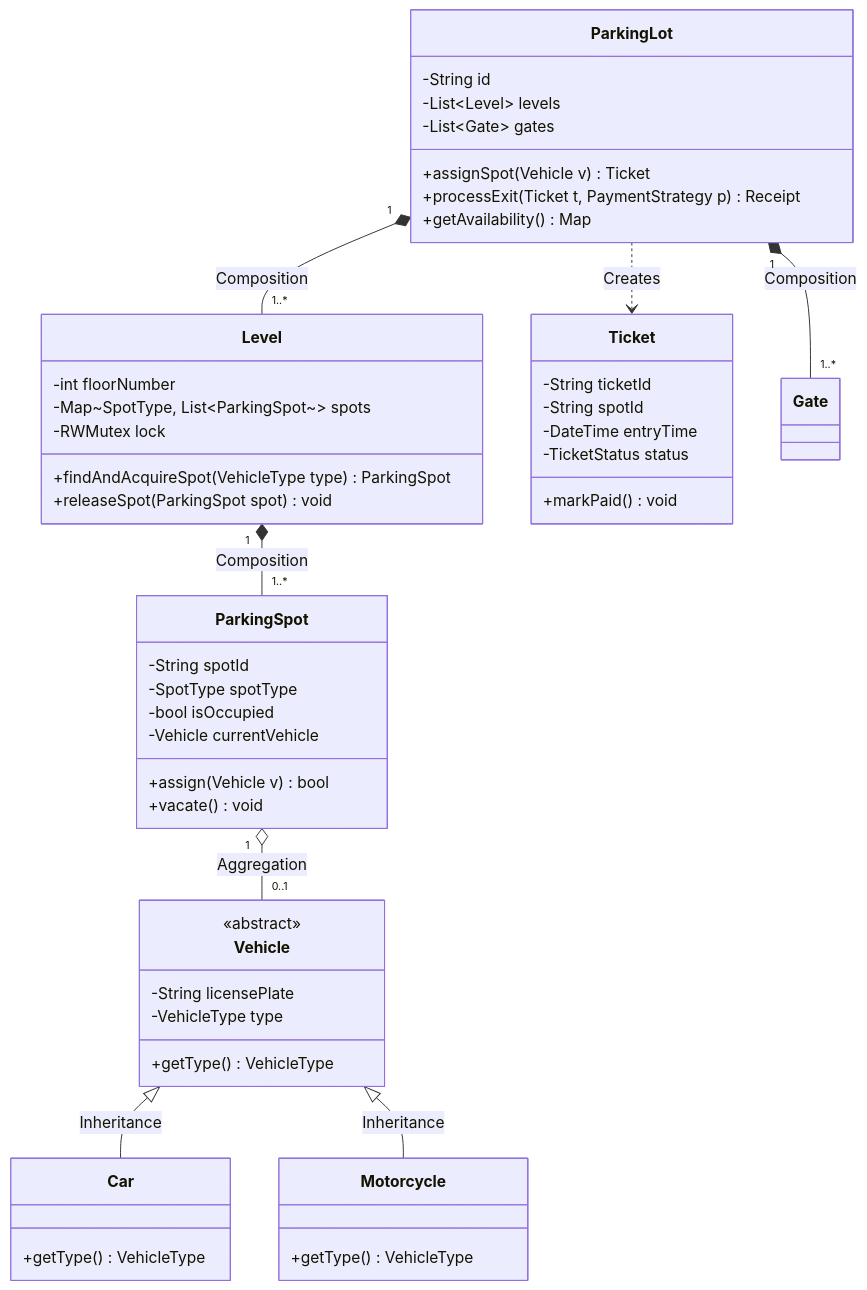
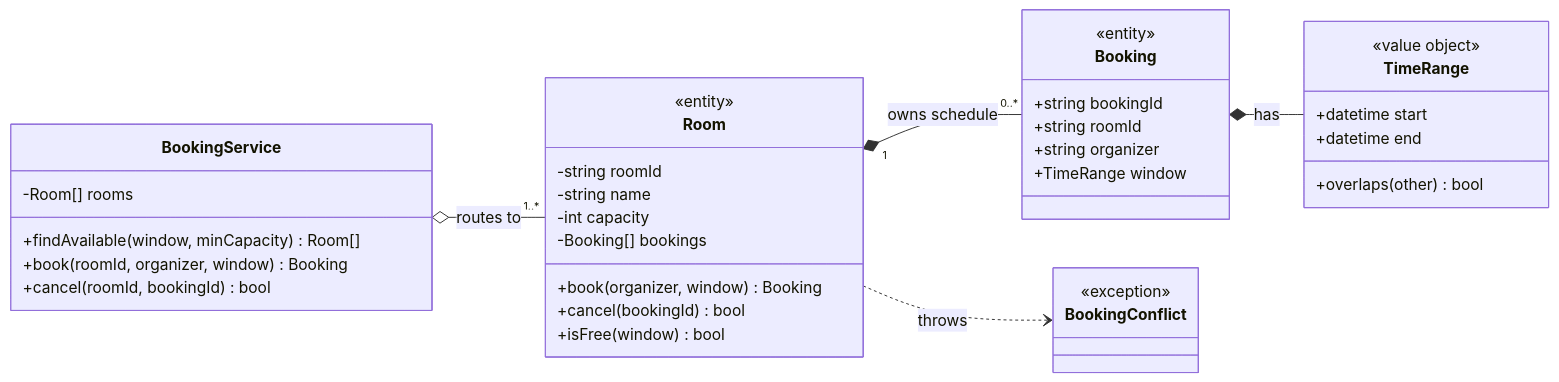
Before and after one commit to TapanKumarBarik/Backend-roadmap: the second of 3 diagrams in content/lld/11-requirements-to-class-diagrams/README.md, drawn with Mermaid. The commit also changed other lines of this file and 68 other files, not shown here.

````diff
--- a/content/lld/11-requirements-to-class-diagrams/README.md
+++ b/content/lld/11-requirements-to-class-diagrams/README.md
@@ -66,59 +129,40 @@
 ```mermaid
 classDiagram
-    class ParkingLot {
-        -String id
-        -List~Level~ levels
-        -List~Gate~ gates
-        +assignSpot(Vehicle v) Ticket
-        +processExit(Ticket t, PaymentStrategy p) Receipt
-        +getAvailability() Map
-    }
-
-    class Level {
-        -int floorNumber
-        -Map~SpotType, List~ParkingSpot~~ spots
-        -RWMutex lock
-        +findAndAcquireSpot(VehicleType type) ParkingSpot
-        +releaseSpot(ParkingSpot spot) void
-    }
-
-    class ParkingSpot {
-        -String spotId
-        -SpotType spotType
-        -bool isOccupied
-        -Vehicle currentVehicle
-        +assign(Vehicle v) bool
-        +vacate() void
-    }
-
-    class Vehicle {
-        <<abstract>>
-        -String licensePlate
-        -VehicleType type
-        +getType() VehicleType
-    }
-
-    class Car {
-        +getType() VehicleType
-    }
-
-    class Motorcycle {
-        +getType() VehicleType
-    }
-
-    class Ticket {
-        -String ticketId
-        -String spotId
-        -DateTime entryTime
-        -TicketStatus status
-        +markPaid() void
-    }
-
-    ParkingLot "1" *-- "1..*" Level : Composition
-    ParkingLot "1" *-- "1..*" Gate : Composition
-    Level "1" *-- "1..*" ParkingSpot : Composition
-    ParkingSpot "1" o-- "0..1" Vehicle : Aggregation
-    Vehicle <|-- Car : Inheritance
-    Vehicle <|-- Motorcycle : Inheritance
-    ParkingLot ..> Ticket : Creates
+  direction LR
+  class BookingService {
+    -Room[] rooms
+    +findAvailable(window, minCapacity) Room[]
+    +book(roomId, organizer, window) Booking
+    +cancel(roomId, bookingId) bool
+  }
+  class Room {
+    <<entity>>
+    -string roomId
+    -string name
+    -int capacity
+    -Booking[] bookings
+    +book(organizer, window) Booking
+    +cancel(bookingId) bool
+    +isFree(window) bool
+  }
+  class Booking {
+    <<entity>>
+    +string bookingId
+    +string roomId
+    +string organizer
+    +TimeRange window
+  }
+  class TimeRange {
+    <<value object>>
+    +datetime start
+    +datetime end
+    +overlaps(other) bool
+  }
+  class BookingConflict {
+    <<exception>>
+  }
+  BookingService o-- "1..*" Room : routes to
+  Room "1" *-- "0..*" Booking : owns schedule
+  Booking *-- TimeRange : has
+  Room ..> BookingConflict : throws
 ```
````
